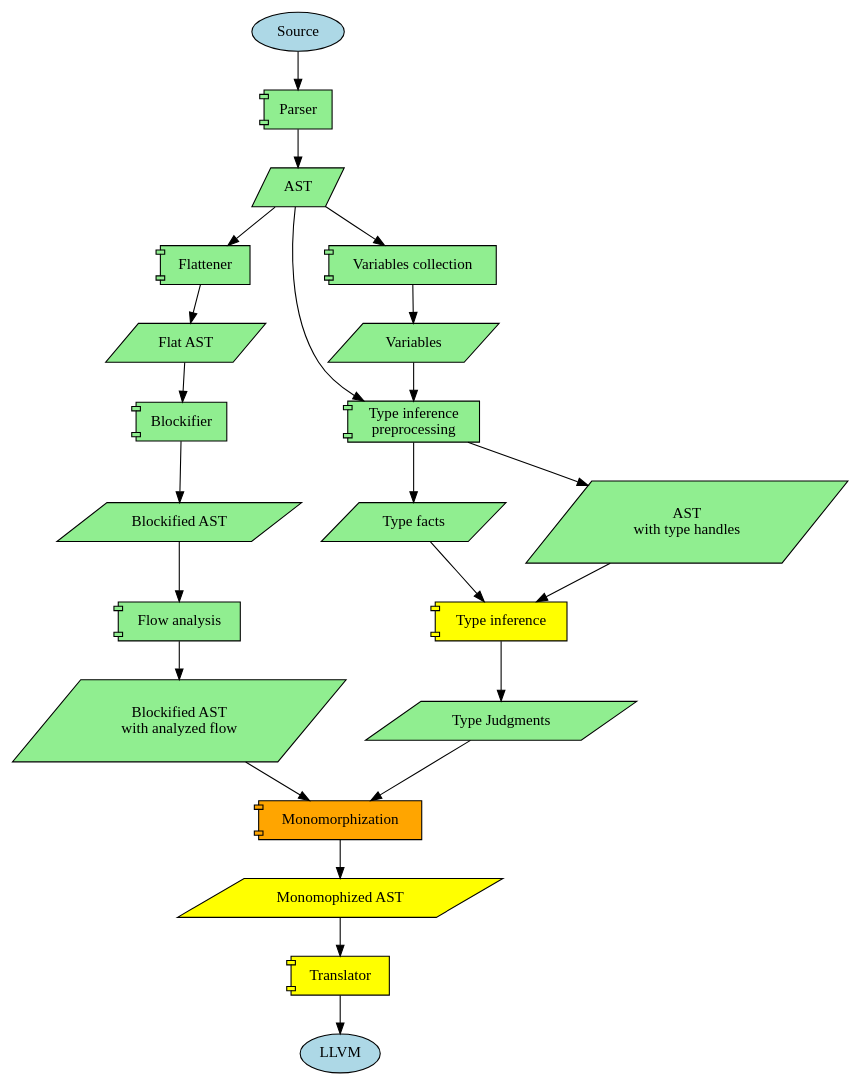
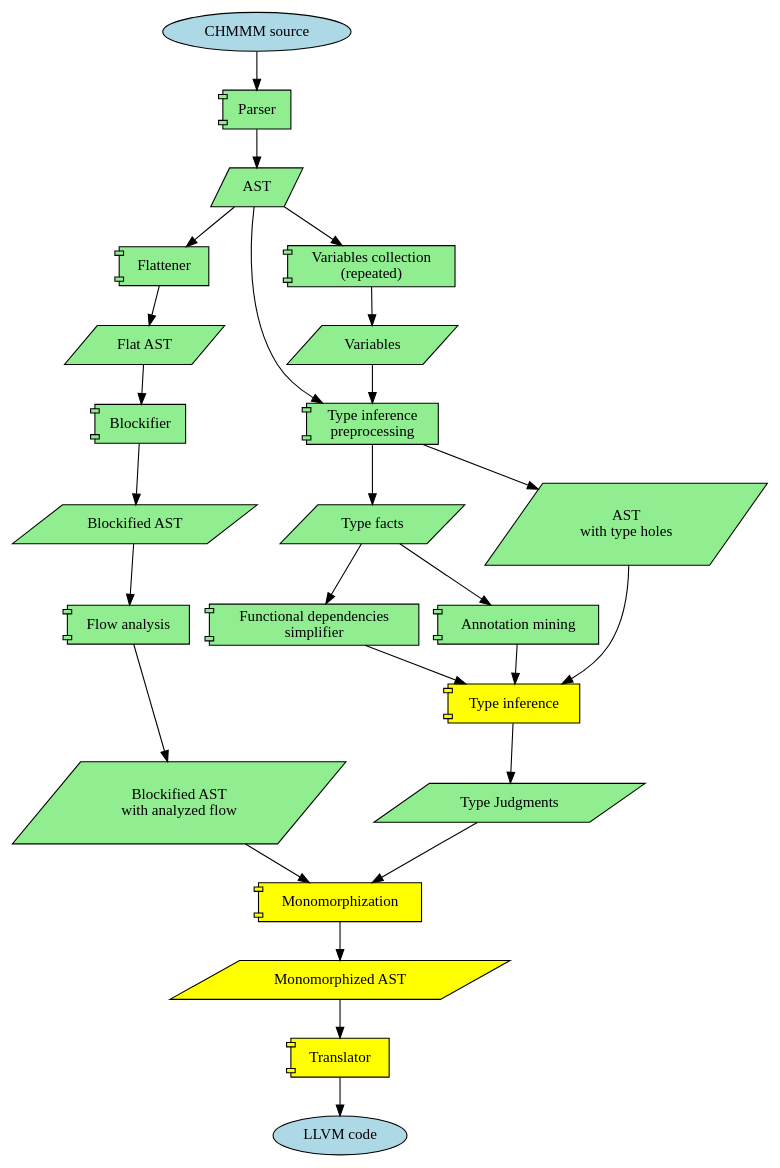
One commit to jiriklepl/masters-thesis-code changed the diagram in doc/diagram.dot. Above: the diagram before and after it, drawn with Graphviz. The commit also changed 1 other file, not shown here.

Commit message:
diagram optimization

```diff
--- a/doc/diagram.dot
+++ b/doc/diagram.dot
@@ -1,51 +1,65 @@
 digraph {
     node [style="filled"]
 
-    subgraph ends {
-        node [shape="ellipse"]
+    subgraph terminals {
+        node [shape="ellipse", fillcolor="lightblue"]
 
-        Source [fillcolor="lightblue"]
-        LLVM [fillcolor="lightblue"]
+        Source [label="CHMMM source"]
+        LLVM [label="LLVM code"]
     }
 
     subgraph data {
         node [shape="parallelogram"]
 
-        AST [fillcolor="lightgreen"]
-        Facts [label="Type facts", fillcolor="lightgreen"]
-        Variables [label="Variables", fillcolor="lightgreen"]
-        ASTTypeHandles [label="AST\nwith type handles", fillcolor="lightgreen"]
-        Judgments [label="Type Judgments", fillcolor="lightgreen"]
-        FlatAST [label="Flat AST", fillcolor="lightgreen"]
-        BlockifiedAST [label="Blockified AST", fillcolor="lightgreen"]
-        BlockifiedASTAnnots [label="Blockified AST\nwith analyzed flow", fillcolor="lightgreen"]
-        MonoAST [label="Monomophized AST", fillcolor="yellow"]
+        subgraph greenData {
+            node [fillcolor="lightgreen"]
+
+            AST
+            Facts [label="Type facts"]
+            Variables [label="Variables"]
+            ASTTypeHoles [label="AST\nwith type holes"]
+            Judgments [label="Type Judgments"]
+            FlatAST [label="Flat AST"]
+            BlockifiedAST [label="Blockified AST"]
+            BlockifiedASTAnnots [label="Blockified AST\nwith analyzed flow"]
+        }
+
+        MonoAST [label="Monomorphized AST", fillcolor="yellow"]
     }
 
     subgraph components {
         node [shape="component"]
 
-        Parser [fillcolor="lightgreen"]
-        Flattener [fillcolor="lightgreen"]
-        InferPre [label="Type inference\npreprocessing", fillcolor="lightgreen"]
-        VariableMining [label="Variables collection", fillcolor="lightgreen"]
+        subgraph greenComponents {
+            node [fillcolor="lightgreen"]
+
+            FunDepSimpl [label="Functional dependencies\nsimplifier"]
+            AnnotMining  [label="Annotation mining"]
+            Parser
+            Flattener
+            InferPre [label="Type inference\npreprocessing"]
+            VariableMining [label="Variables collection\n(repeated)"]
+            Blockifier
+            FlowAnalysis [label="Flow analysis"]
+        }
+
         Infer [label="Type inference", fillcolor="yellow"]
-        Blockifier [fillcolor="lightgreen"]
-        FlowAnalysis [label="Flow analysis", fillcolor="lightgreen"]
-        Monomorphization [fillcolor="orange"]
+        Monomorphization [fillcolor="yellow"]
         Translator [fillcolor="yellow"]
     }
 
     subgraph decisions {
         node [shape="diamond"]
     }
 
     Source -> Parser -> AST
     AST -> Flattener -> FlatAST
     AST -> VariableMining -> Variables -> InferPre
-    AST -> InferPre -> { Facts ASTTypeHandles } -> Infer -> Judgments -> Monomorphization
+    AST -> InferPre -> { Facts ASTTypeHoles }
+    Facts -> { FunDepSimpl AnnotMining }
+    { FunDepSimpl ASTTypeHoles AnnotMining } -> Infer -> Judgments -> Monomorphization
     FlatAST -> Blockifier -> BlockifiedAST
     BlockifiedAST -> FlowAnalysis -> BlockifiedASTAnnots
     BlockifiedASTAnnots -> Monomorphization -> MonoAST
     MonoAST -> Translator -> LLVM
 }
```
